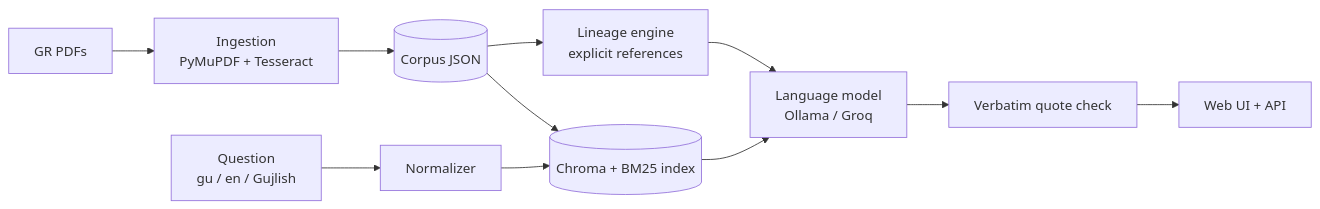
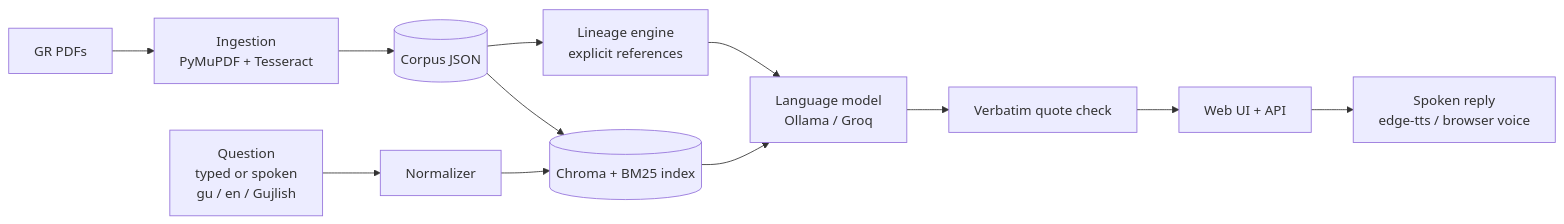
One commit to Vivek-Maheshwari-07/GovResolve-AI changed the diagram in README.md. Above: the diagram before and after it, drawn with Mermaid. The commit also changed other lines of this file and 79 other files, not shown here.

````diff
--- a/README.md
+++ b/README.md
@@ -30,13 +43,14 @@
 ```mermaid
 flowchart LR
     PDF["GR PDFs"] --> ING["Ingestion<br/>PyMuPDF + Tesseract"]
     ING --> CORPUS[("Corpus JSON")]
     CORPUS --> IDX[("Chroma + BM25 index")]
     CORPUS --> LIN["Lineage engine<br/>explicit references"]
-    Q["Question<br/>gu / en / Gujlish"] --> NORM["Normalizer"]
+    Q["Question<br/>typed or spoken<br/>gu / en / Gujlish"] --> NORM["Normalizer"]
     NORM --> IDX
     IDX --> LLM["Language model<br/>Ollama / Groq"]
     LIN --> LLM
     LLM --> CHECK["Verbatim quote check"]
     CHECK --> UI["Web UI + API"]
+    UI --> TTS["Spoken reply<br/>edge-tts / browser voice"]
 ```
````
